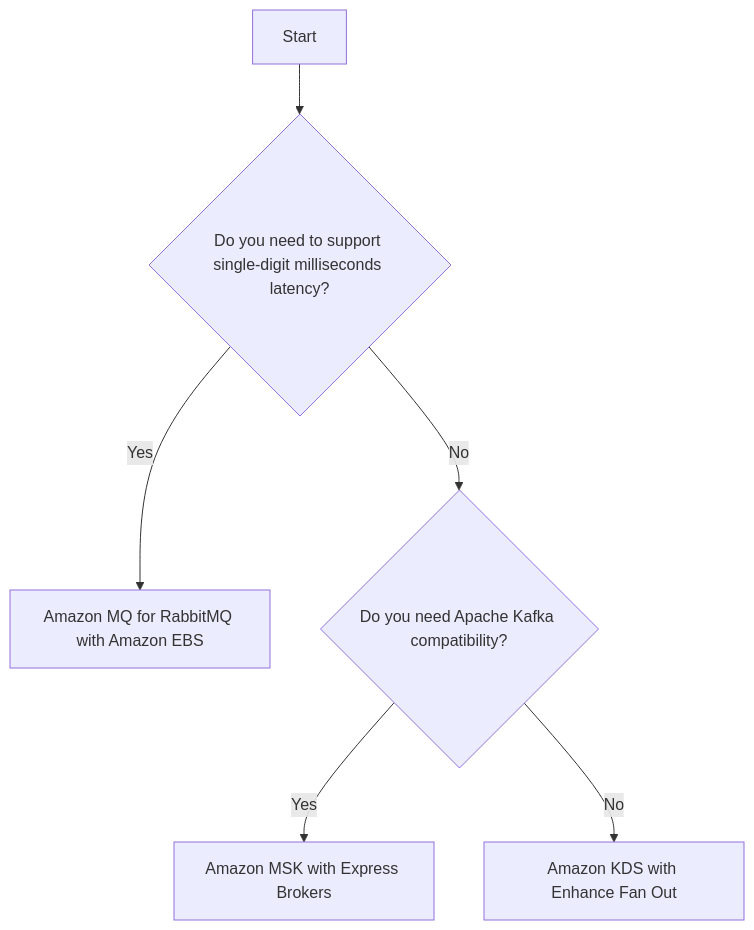
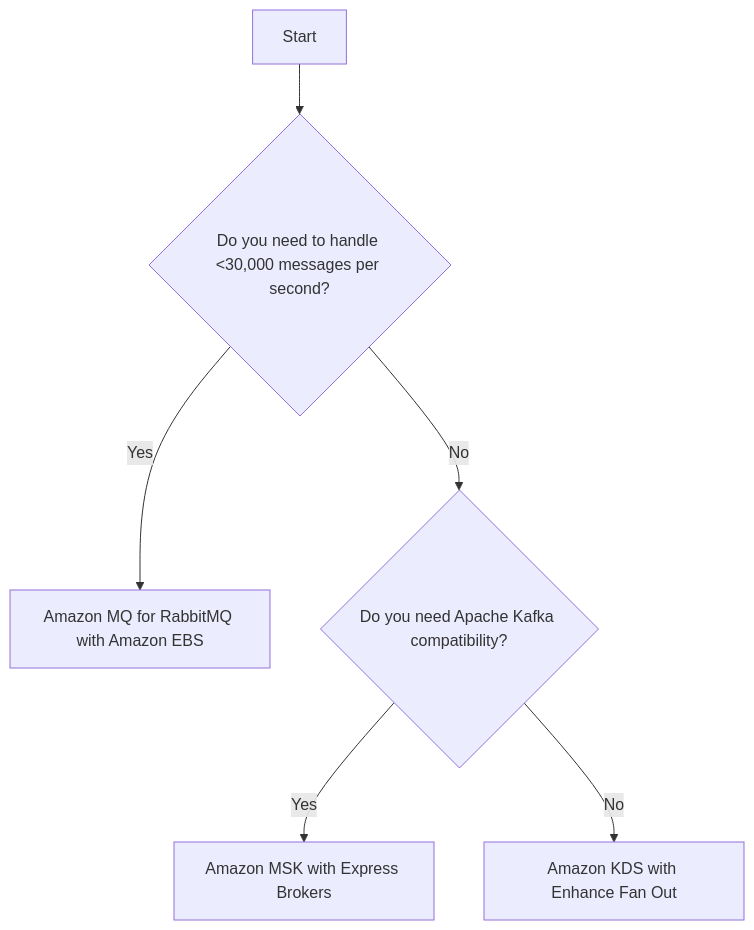
Before and after one commit to ivamax9/aws-decision-trees-low-latency-workloads: the diagram in 6.application_integration.md, drawn with Mermaid.

````diff
--- a/6.application_integration.md
+++ b/6.application_integration.md
@@ -5,11 +5,11 @@
 ```mermaid
 graph TD
-    A[Start] --> B{Do you need to support single-digit milliseconds latency?}
+    A[Start] --> B{Do you need to handle <30,000 messages per second?}
     B --> |Yes| B1[Amazon MQ for RabbitMQ with Amazon EBS]
                 click B1 "[https://docs.aws.amazon.com/amazon-mq/latest/migration-guide/concept-chapter-about.html](https://docs.aws.amazon.com/amazon-mq/latest/developer-guide/rabbitmq-broker-architecture.html)"
     B --> |No| B2{Do you need Apache Kafka compatibility?}
     B2 --> |Yes| C1[Amazon MSK with Express Brokers]
                 click C1 "https://aws.amazon.com/blogs/aws/introducing-express-brokers-for-amazon-msk-to-deliver-high-throughput-and-faster-scaling-for-your-kafka-clusters/"
     B2 --> |No| C2[Amazon KDS with Enhance Fan Out]
                 click C2 "https://aws.amazon.com/kinesis/data-streams/features/"
 ```
````
